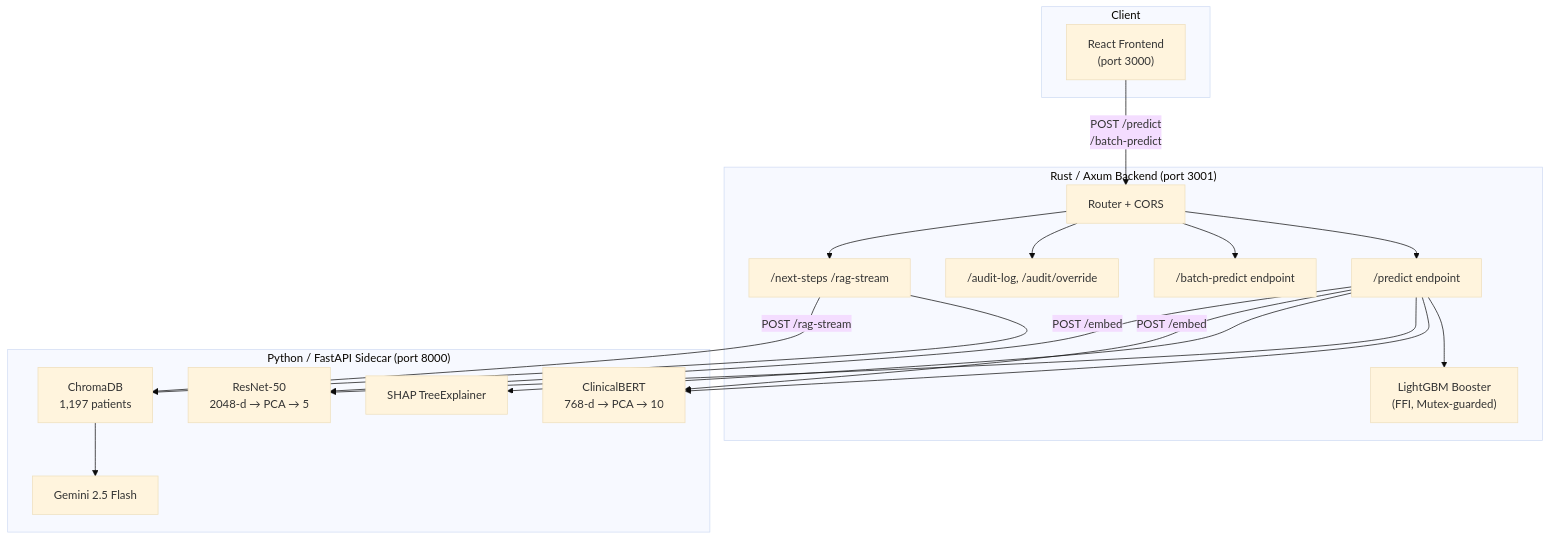
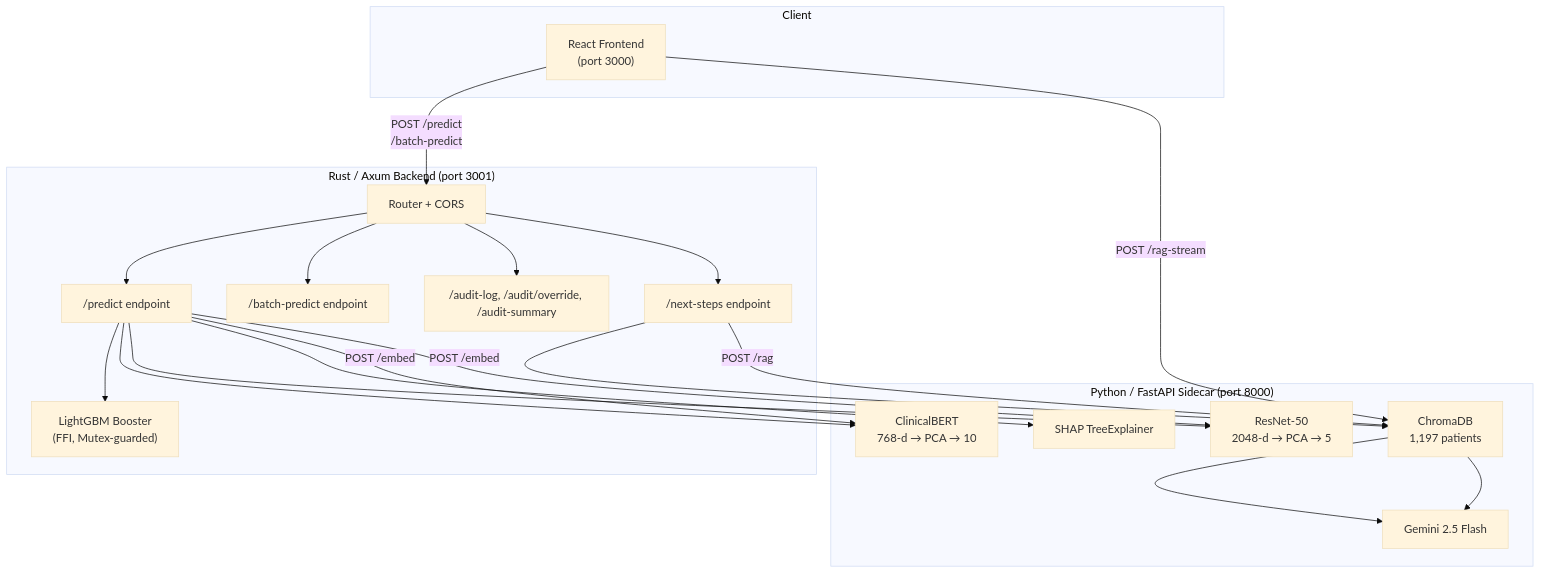
Before and after one commit to Arshgill01/Multimodal-AI-Triage-Assistant: the first of 2 diagrams in README.md, drawn with Mermaid (base theme). The commit also changed other lines of this file and 1 other file, not shown here.

````diff
--- a/README.md
+++ b/README.md
@@ -191,39 +191,40 @@
 ```mermaid
 flowchart TB
     subgraph Client
         FE["React Frontend<br/>(port 3000)"]
     end
 
     subgraph Rust["Rust / Axum Backend (port 3001)"]
         Router["Router + CORS"]
         Predict["/predict endpoint"]
         Batch["/batch-predict endpoint"]
-        Audit["/audit-log, /audit/override"]
-        Next["/next-steps /rag-stream"]
+        Audit["/audit-log, /audit/override, /audit-summary"]
+        Next["/next-steps endpoint"]
         LGB["LightGBM Booster<br/>(FFI, Mutex-guarded)"]
 
         Router --> Predict
         Router --> Batch
         Router --> Audit
         Router --> Next
         Predict --> LGB
     end
 
     subgraph Python["Python / FastAPI Sidecar (port 8000)"]
         BERT["ClinicalBERT<br/>768-d → PCA → 10"]
         ResNet["ResNet-50<br/>2048-d → PCA → 5"]
         Chroma["ChromaDB<br/>1,197 patients"]
         Gemini["Gemini 2.5 Flash"]
         SHAP["SHAP TreeExplainer"]
 
         Predict --> BERT
         Predict --> ResNet
         Next --> Chroma --> Gemini
         Predict --> SHAP
     end
 
     FE -- "POST /predict<br/>/batch-predict" --> Router
     Predict -- "POST /embed" --> BERT
     Predict -- "POST /embed" --> ResNet
-    Next -- "POST /rag-stream" --> Chroma
+    Next -- "POST /rag" --> Chroma --> Gemini
+    FE -- "POST /rag-stream" --> Chroma
 ```
````
